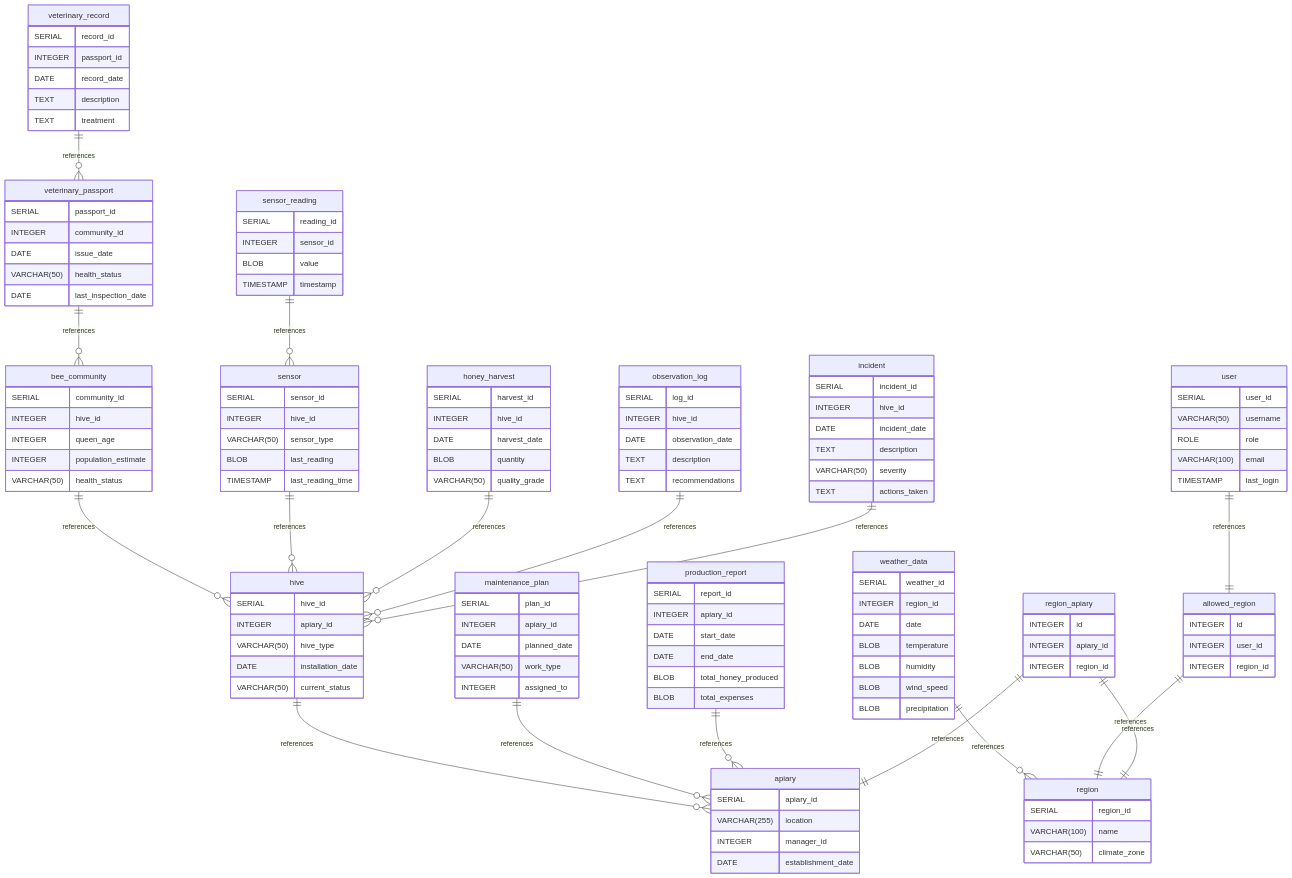
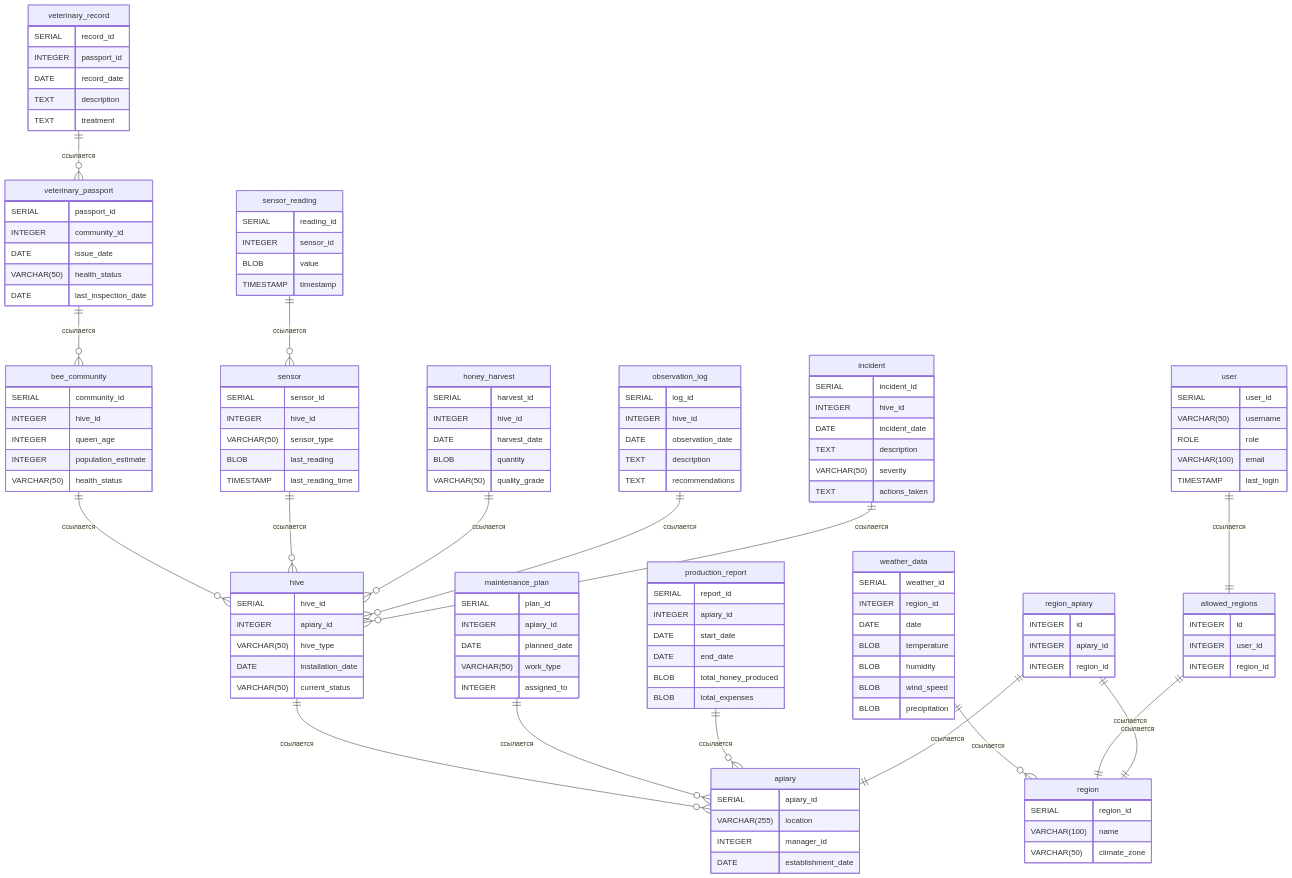
The diagram in docs/part2/report.md (OrientalLines/BeesBiz), drawn with Mermaid before and after one commit. The commit also changed other lines of this file and 1 other file, not shown here.

````diff
--- a/docs/part2/report.md
+++ b/docs/part2/report.md
@@ -223,21 +256,21 @@
 ```mermaid
 erDiagram
-	hive ||--o{ apiary : references
-	bee_community ||--o{ hive : references
-	veterinary_passport ||--o{ bee_community : references
-	veterinary_record ||--o{ veterinary_passport : references
-	sensor ||--o{ hive : references
-	sensor_reading ||--o{ sensor : references
-	honey_harvest ||--o{ hive : references
-	observation_log ||--o{ hive : references
-	maintenance_plan ||--o{ apiary : references
-	incident ||--o{ hive : references
-	production_report ||--o{ apiary : references
-	weather_data ||--o{ region : references
-	user ||--|| allowed_region : references
-	allowed_region ||--|| region : references
-	region_apiary ||--|| apiary : references
-	region_apiary ||--|| region : references
+	hive ||--o{ apiary : ссылается
+	bee_community ||--o{ hive : ссылается
+	veterinary_passport ||--o{ bee_community : ссылается
+	veterinary_record ||--o{ veterinary_passport : ссылается
+	sensor ||--o{ hive : ссылается
+	sensor_reading ||--o{ sensor : ссылается
+	honey_harvest ||--o{ hive : ссылается
+	observation_log ||--o{ hive : ссылается
+	maintenance_plan ||--o{ apiary : ссылается
+	incident ||--o{ hive : ссылается
+	production_report ||--o{ apiary : ссылается
+	weather_data ||--o{ region : ссылается
+	user ||--|| allowed_regions : ссылается
+	allowed_regions ||--|| region : ссылается
+	region_apiary ||--|| apiary : ссылается
+	region_apiary ||--|| region : ссылается
 
 	region {
 		SERIAL region_id
@@ -359,7 +392,7 @@
 		TIMESTAMP last_login
 	}
 
-	allowed_region {
+	allowed_regions {
 		INTEGER id
 		INTEGER user_id
 		INTEGER region_id
````
